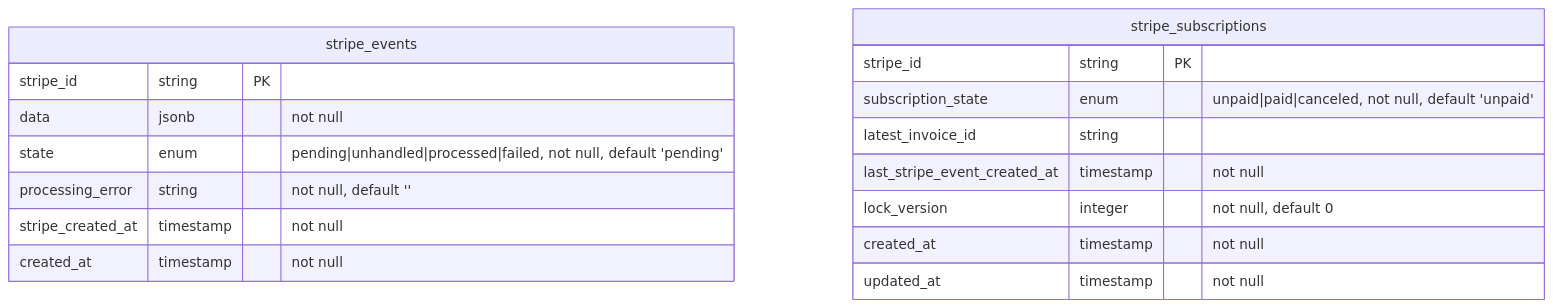
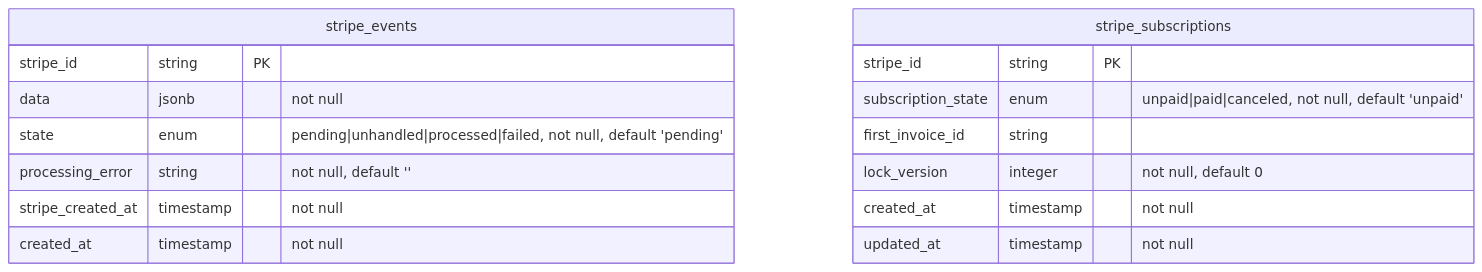
The diagram in README.md (arkirchner/StripeSubHub), drawn with Mermaid before and after one commit. The commit also changed 11 other files, not shown here.

````diff
--- a/README.md
+++ b/README.md
@@ -19,21 +19,20 @@
 ```mermaid
 erDiagram
     stripe_events {
         stripe_id string PK
         data jsonb "not null"
         state enum "pending|unhandled|processed|failed, not null, default 'pending'"
         processing_error string "not null, default ''"
         stripe_created_at timestamp "not null"
         created_at timestamp "not null"
     }
 
     stripe_subscriptions {
         stripe_id string PK
         subscription_state enum "unpaid|paid|canceled, not null, default 'unpaid'"
-        latest_invoice_id string
-        last_stripe_event_created_at timestamp "not null"
+        first_invoice_id string
         lock_version integer "not null, default 0"
         created_at timestamp "not null"
         updated_at timestamp "not null"
     }
 ```
````
